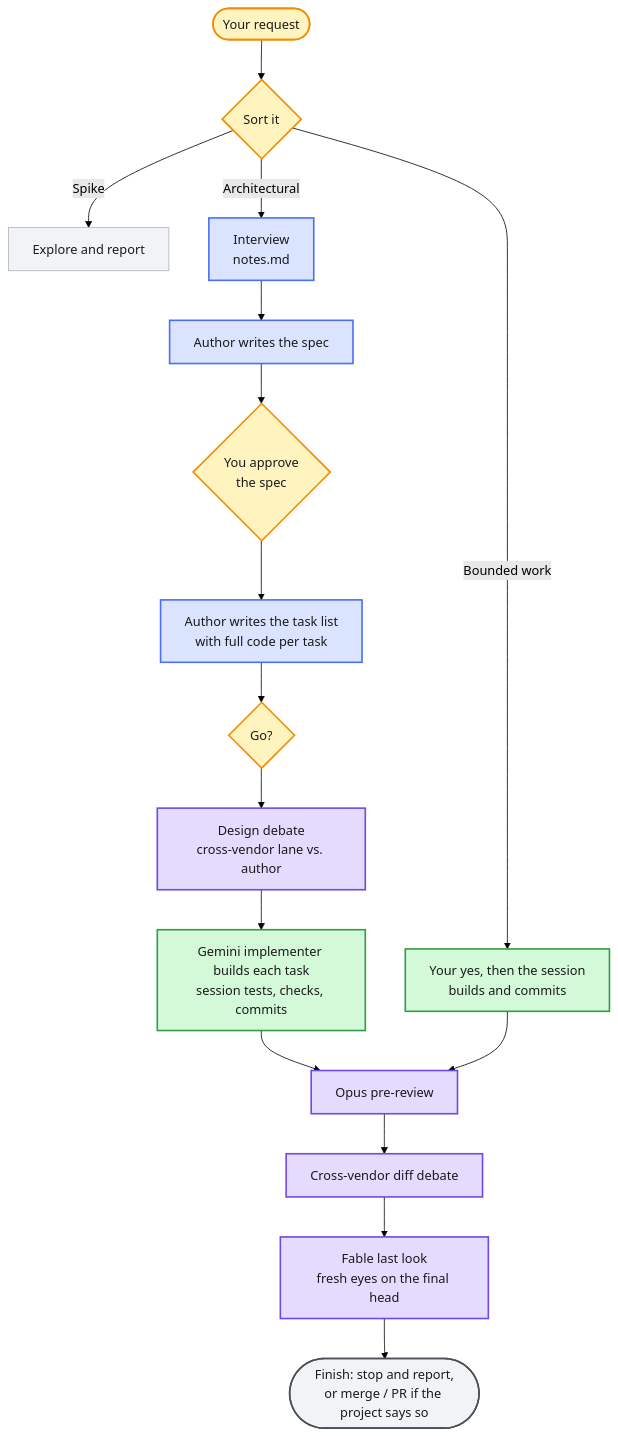
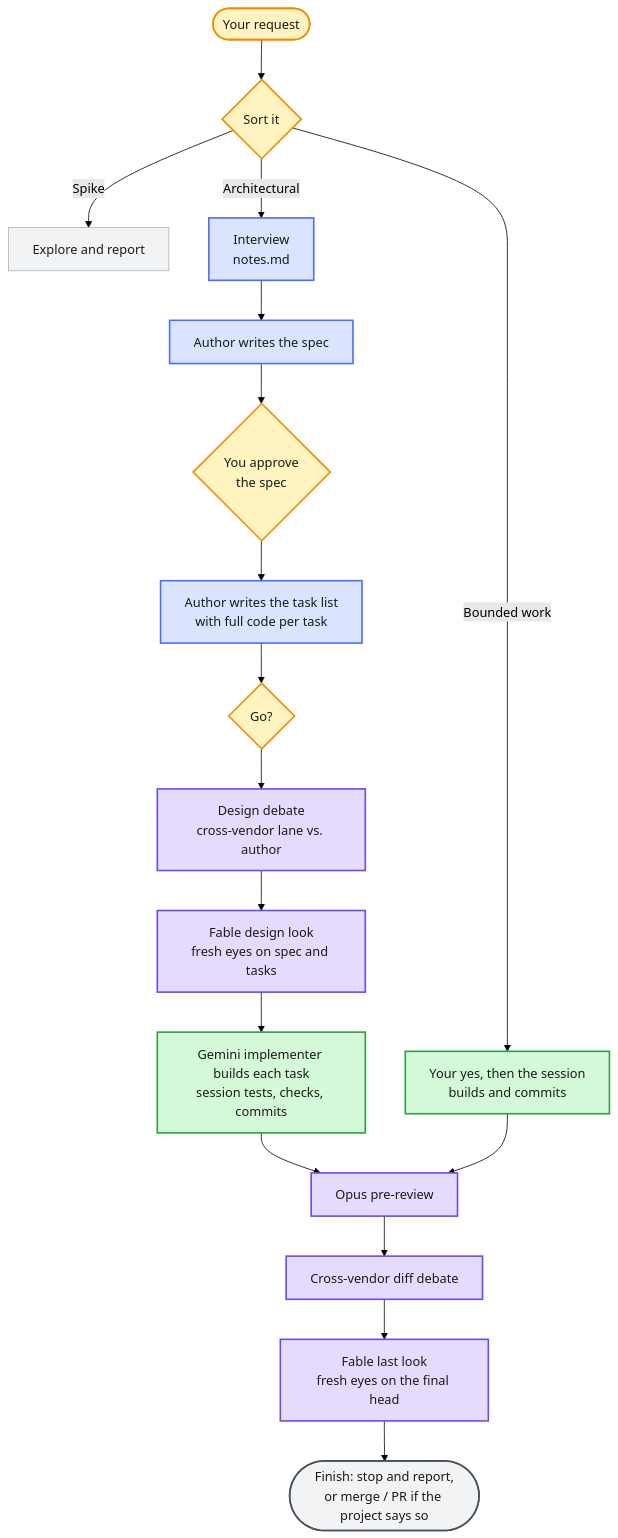
The diagram in README.md (Bmwascher/parsec), drawn with Mermaid (forest theme) before and after one commit. The commit also changed other lines of this file and 2 other files, not shown here.

Commit message:
Model notes and the README's review flow

````diff
--- a/README.md
+++ b/README.md
@@ -69,27 +69,28 @@
 ```mermaid
 flowchart TD
     R([Your request]):::you --> C{Sort it}:::you
     C -->|Spike| SP[Explore and report]:::quiet
     C -->|Bounded work| BW[Your yes, then the session<br/>builds and commits]:::build
     C -->|Architectural| I[Interview<br/>notes.md]:::brainstorm
 
     I --> S[Author writes the spec]:::brainstorm
     S --> A{You approve<br/>the spec}:::you
     A --> T[Author writes the task list<br/>with full code per task]:::brainstorm
     T --> G{Go?}:::you
     G --> DD[Design debate<br/>cross-vendor lane vs. author]:::review
-    DD --> B[Gemini implementer builds each task<br/>session tests, checks, commits]:::build
+    DD --> FD[Fable design look<br/>fresh eyes on spec and tasks]:::review
+    FD --> B[Gemini implementer builds each task<br/>session tests, checks, commits]:::build
 
     B --> P[Opus pre-review]:::review
     BW --> P
     P --> X[Cross-vendor diff debate]:::review
     X --> L[Fable last look<br/>fresh eyes on the final head]:::review
     L --> F([Finish: stop and report,<br/>or merge / PR if the project says so]):::done
 
     classDef you fill:#fff3bf,stroke:#f08c00,stroke-width:2px,color:#1a1a1a
     classDef brainstorm fill:#dbe4ff,stroke:#4c6ef5,stroke-width:2px,color:#1a1a1a
     classDef build fill:#d3f9d8,stroke:#2f9e44,stroke-width:2px,color:#1a1a1a
     classDef review fill:#e5dbff,stroke:#7048e8,stroke-width:2px,color:#1a1a1a
     classDef quiet fill:#f1f3f5,stroke:#adb5bd,color:#1a1a1a
     classDef done fill:#f1f3f5,stroke:#495057,stroke-width:2px,color:#1a1a1a
 ```
````
